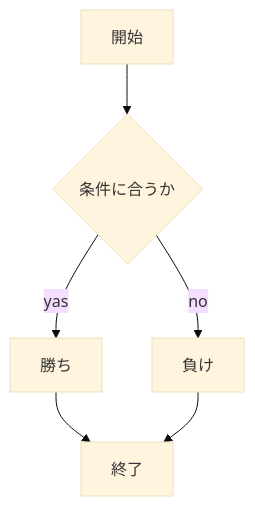
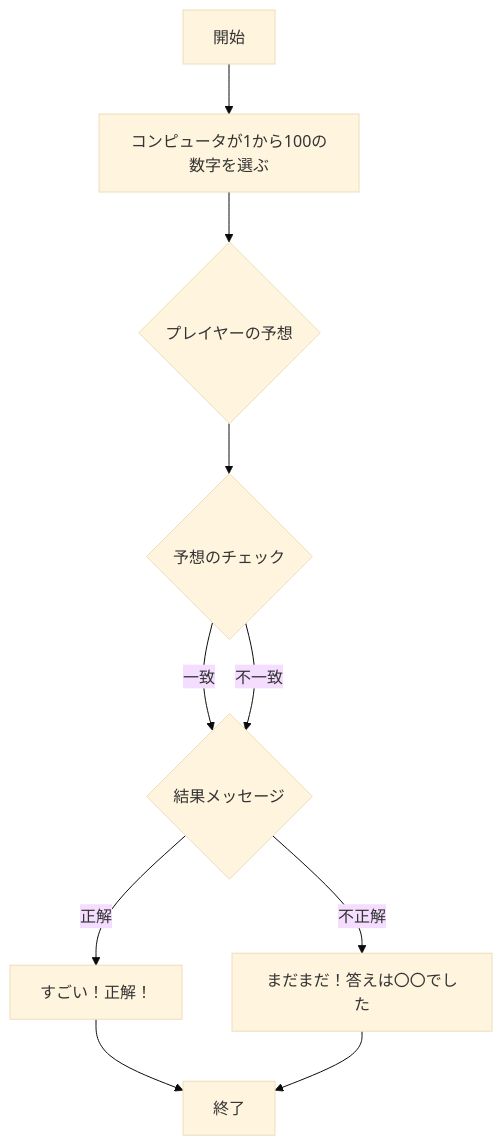
Before and after one commit to shibayuzu/webpro_06: the second of 3 diagrams in README.md, drawn with Mermaid (base theme). The commit also changed other lines of this file, not shown here.

````diff
--- a/README.md
+++ b/README.md
@@ -83,15 +66,26 @@
 ```mermaid
 flowchart TD;
 
-start["開始"];
+start["開始"]
+cpuChoice["コンピュータが1から100の数字を選ぶ"]
+playerGuess{"プレイヤーの予想"}
+check{"予想のチェック"}
+judgement{"結果メッセージ"}
 end1["終了"]
-if{"条件に合うか"}
-win["勝ち"]
-loose["負け"]
 
-start --> if
-if -->|yas| win
+start --> cpuChoice
+cpuChoice --> playerGuess
+playerGuess --> check
+check -->|一致| judgement
+check -->|不一致| judgement
+
+judgement -->|正解| win
+judgement -->|不正解| loose
+
+win["すごい！正解！"]
+loose["まだまだ！答えは〇〇でした"]
+
 win --> end1
-if -->|no| loose
 loose --> end1
+
 ```
````
